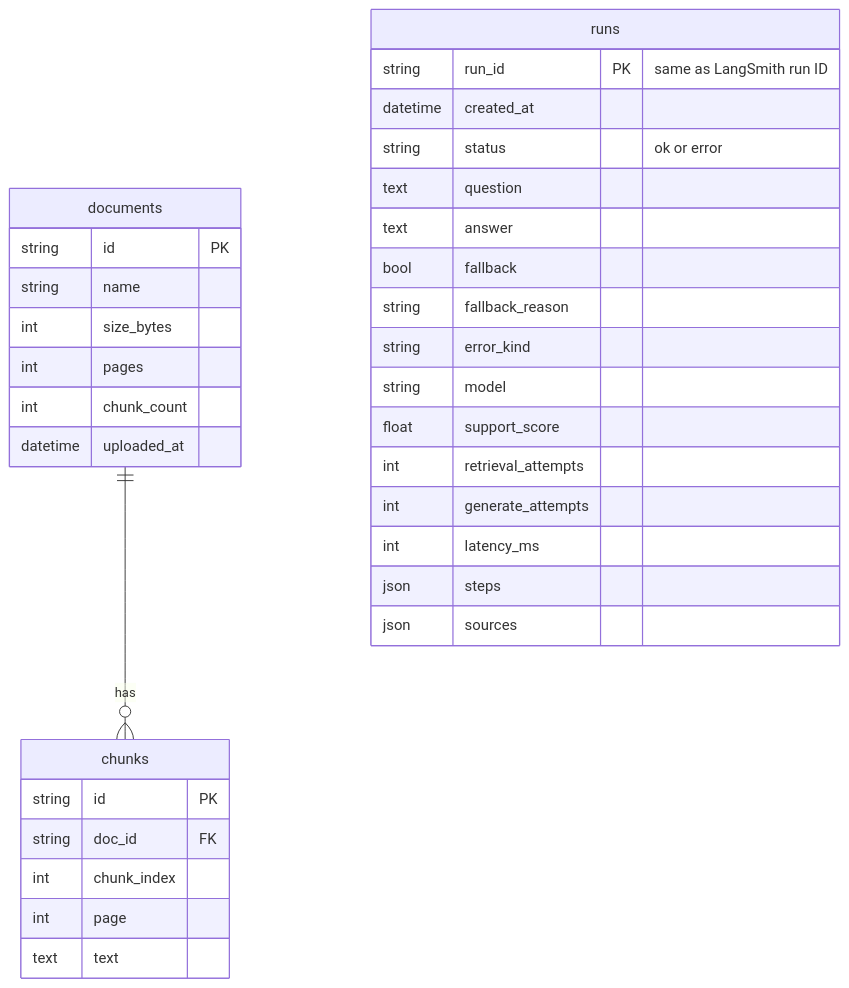
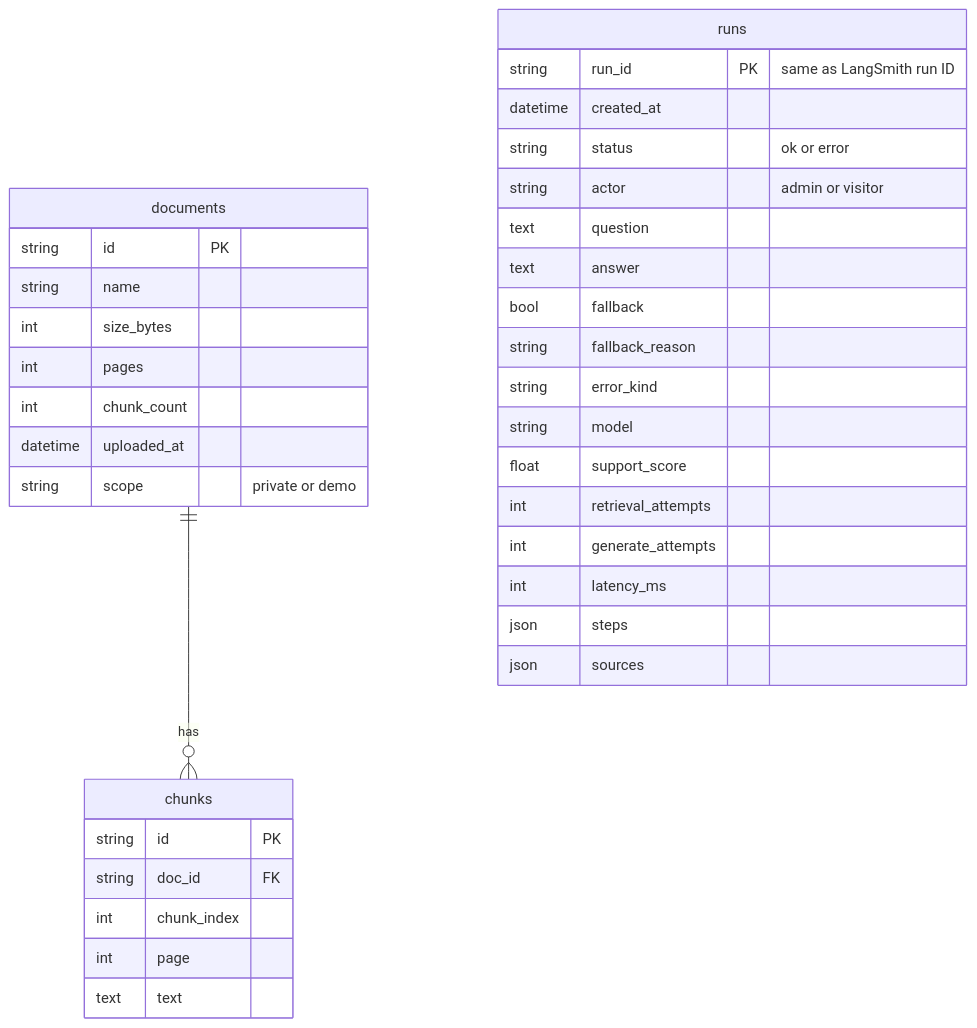
One commit to sanojDD/agentops changed the first of 2 diagrams in docs/DATABASE.md. Above: the diagram before and after it, drawn with Mermaid. The commit also changed other lines of this file and 52 other files, not shown here.

````diff
--- a/docs/DATABASE.md
+++ b/docs/DATABASE.md
@@ -35,36 +35,38 @@
 ```mermaid
 erDiagram
     documents ||--o{ chunks : "has"
     documents {
         string id PK
         string name
         int size_bytes
         int pages
         int chunk_count
         datetime uploaded_at
+        string scope "private or demo"
     }
     chunks {
         string id PK
         string doc_id FK
         int chunk_index
         int page
         text text
     }
     runs {
         string run_id PK "same as LangSmith run ID"
         datetime created_at
         string status "ok or error"
+        string actor "admin or visitor"
         text question
         text answer
         bool fallback
         string fallback_reason
         string error_kind
         string model
         float support_score
         int retrieval_attempts
         int generate_attempts
         int latency_ms
         json steps
         json sources
     }
 ```
````
